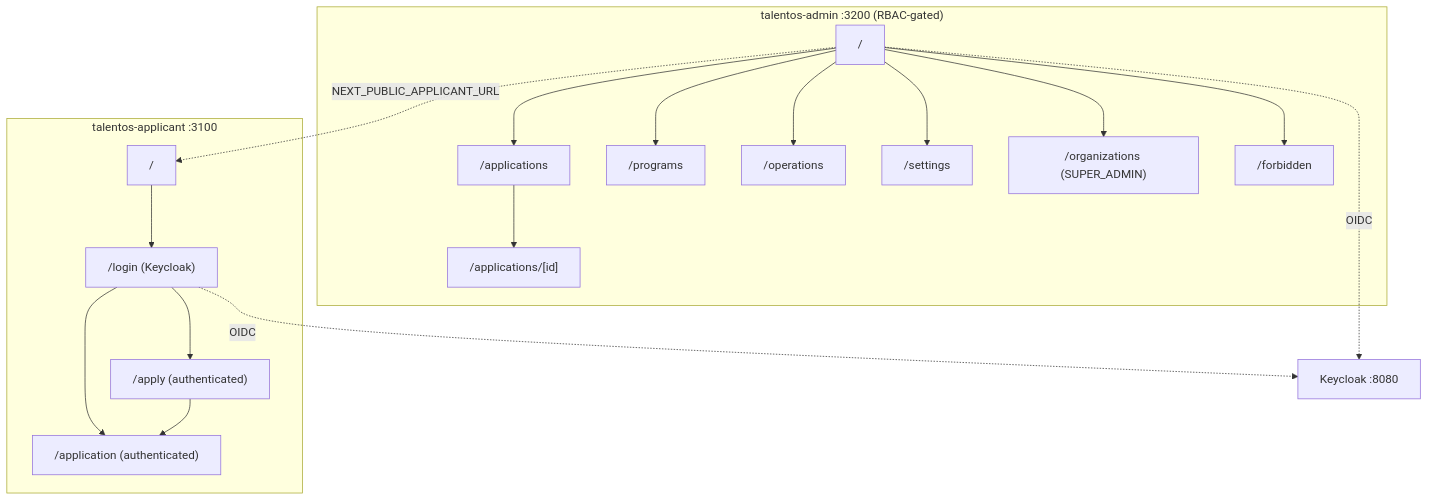
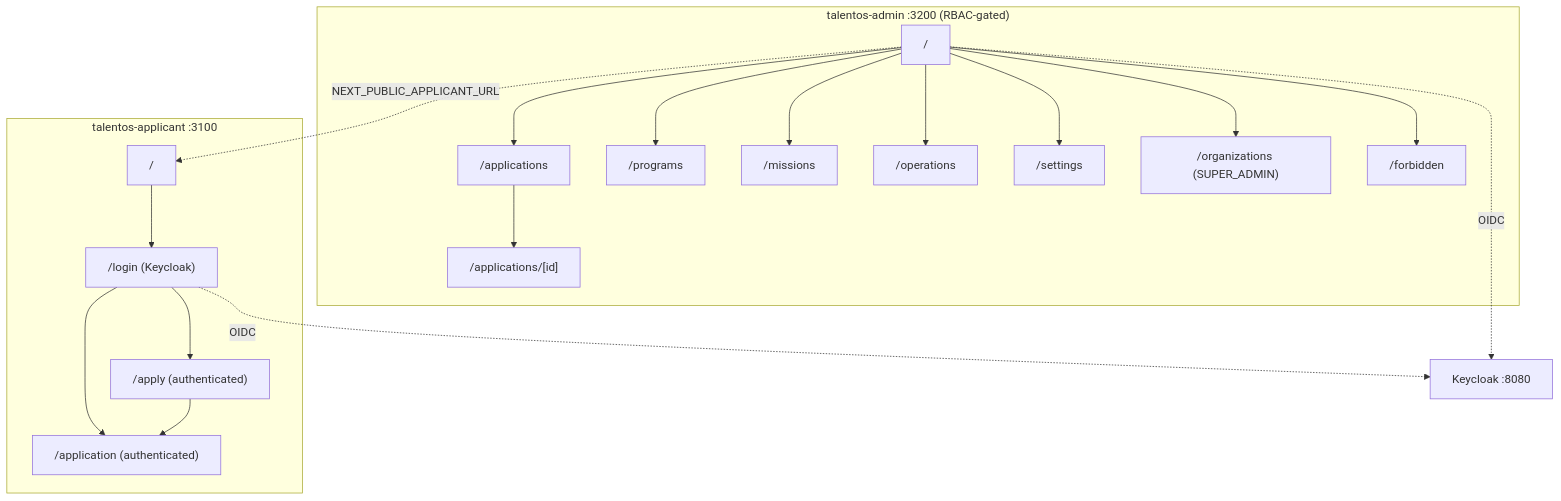
One commit to karimjindani/talentOS changed the third of 3 diagrams in docs/Architecture.md. Above: the diagram before and after it, drawn with Mermaid. The commit also changed other lines of this file and 37 other files, not shown here.

````diff
--- a/docs/Architecture.md
+++ b/docs/Architecture.md
@@ -101,21 +110,22 @@
 ```mermaid
 flowchart TD
     subgraph Applicant["talentos-applicant :3100"]
       Landing["/"] --> Login["/login (Keycloak)"]
       Login --> Apply["/apply (authenticated)"]
       Login --> Application["/application (authenticated)"]
       Apply --> Application
     end
     Login -. OIDC .-> KC["Keycloak :8080"]
     subgraph AdminC["talentos-admin :3200 (RBAC-gated)"]
       AdminHome["/"] --> Applications["/applications"]
       Applications --> Detail["/applications/[id]"]
       AdminHome --> Programs["/programs"]
+      AdminHome --> Missions["/missions"]
       AdminHome --> Operations["/operations"]
       AdminHome --> Settings["/settings"]
       AdminHome --> Organizations["/organizations (SUPER_ADMIN)"]
       AdminHome --> Forbidden["/forbidden"]
     end
     AdminHome -. OIDC .-> KC
     AdminHome -. NEXT_PUBLIC_APPLICANT_URL .-> Landing
 ```
````
